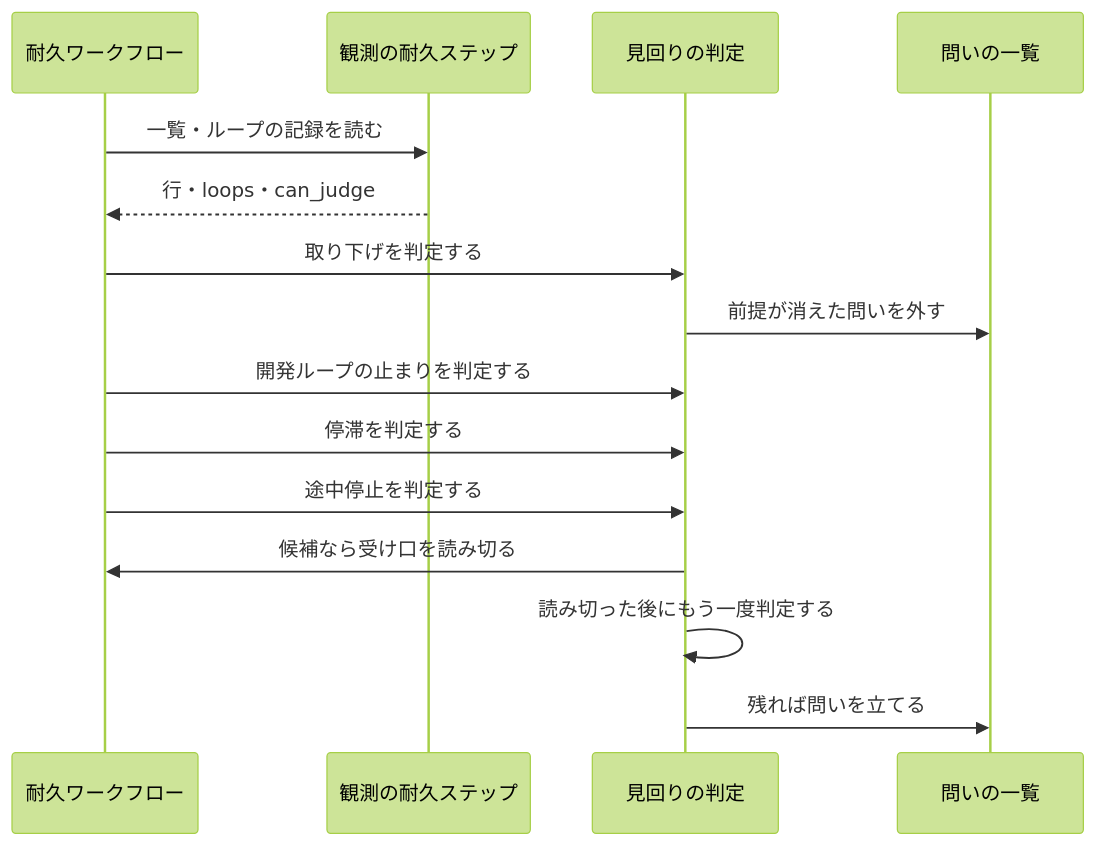
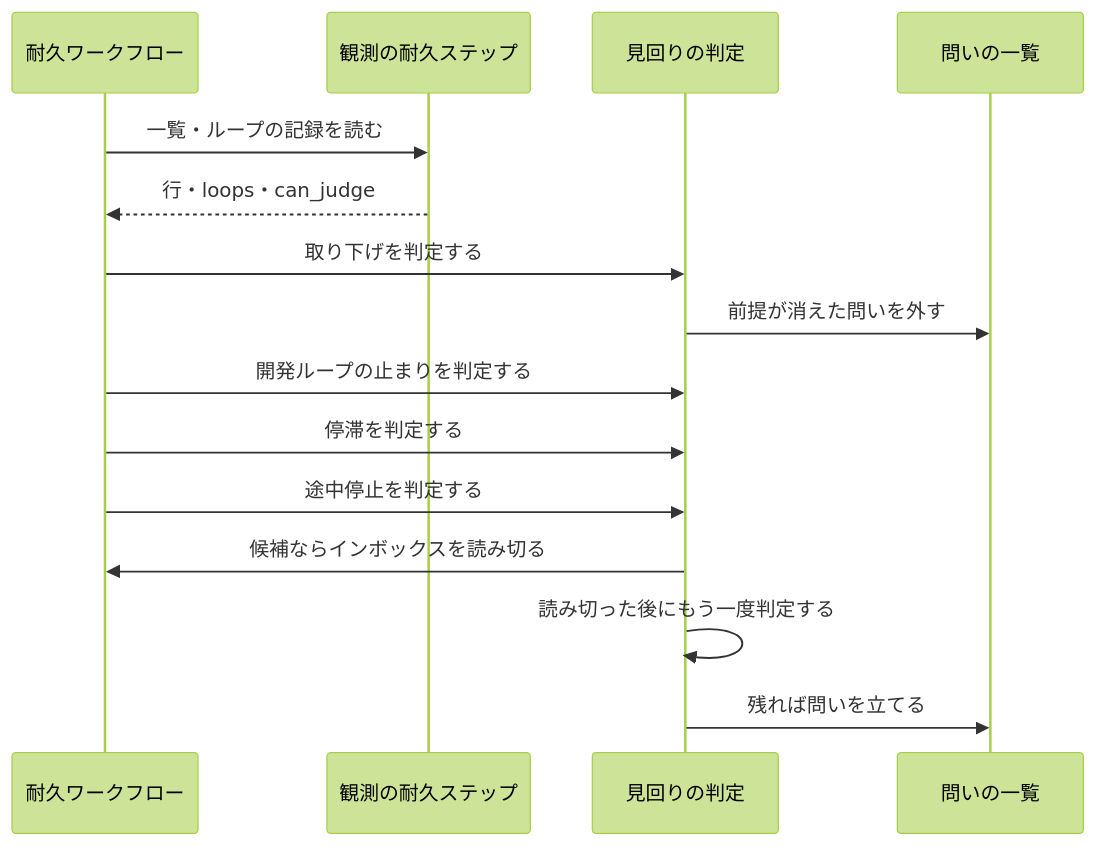
The fourth of 6 diagrams in issues/issue-2649-design.md (devbasex/ai-plugins), drawn with Mermaid (forest theme) before and after one commit. The commit also changed other lines of this file, not shown here.

````diff
--- a/issues/issue-2649-design.md
+++ b/issues/issue-2649-design.md
@@ -256,17 +331,17 @@
 ```mermaid
 sequenceDiagram
     participant W as 耐久ワークフロー
     participant O as 観測の耐久ステップ
     participant J as 見回りの判定
     participant Q as 問いの一覧
     W->>O: 一覧・ループの記録を読む
     O-->>W: 行・loops・can_judge
     W->>J: 取り下げを判定する
     J->>Q: 前提が消えた問いを外す
     W->>J: 開発ループの止まりを判定する
     W->>J: 停滞を判定する
     W->>J: 途中停止を判定する
-    J->>W: 候補なら受け口を読み切る
+    J->>W: 候補ならインボックスを読み切る
     J->>J: 読み切った後にもう一度判定する
     J->>Q: 残れば問いを立てる
 ```
````
